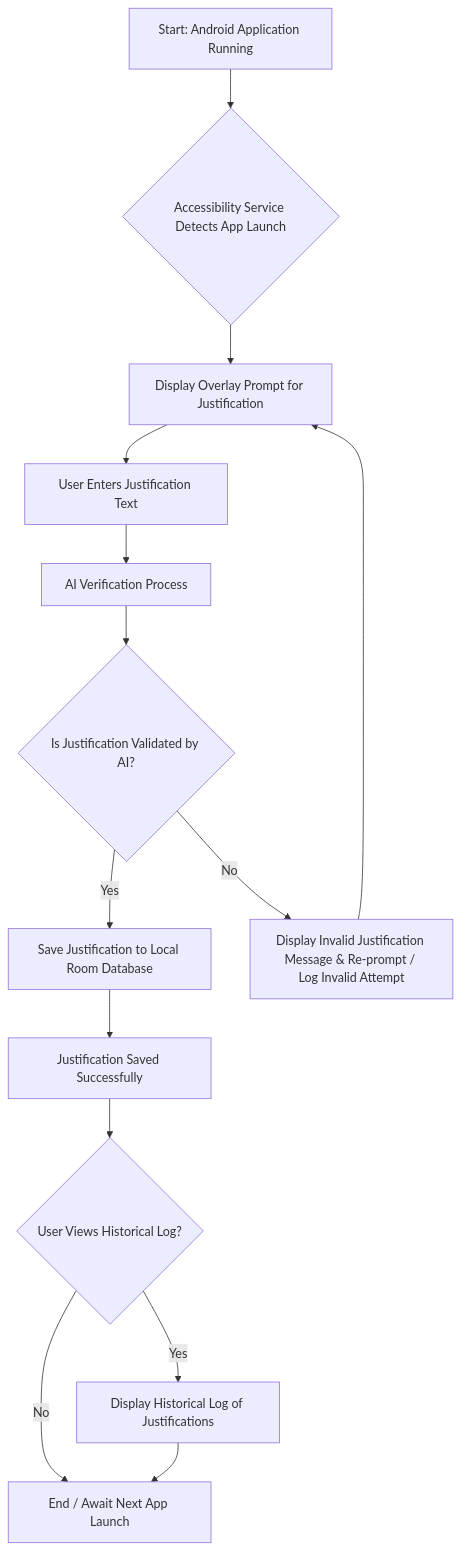
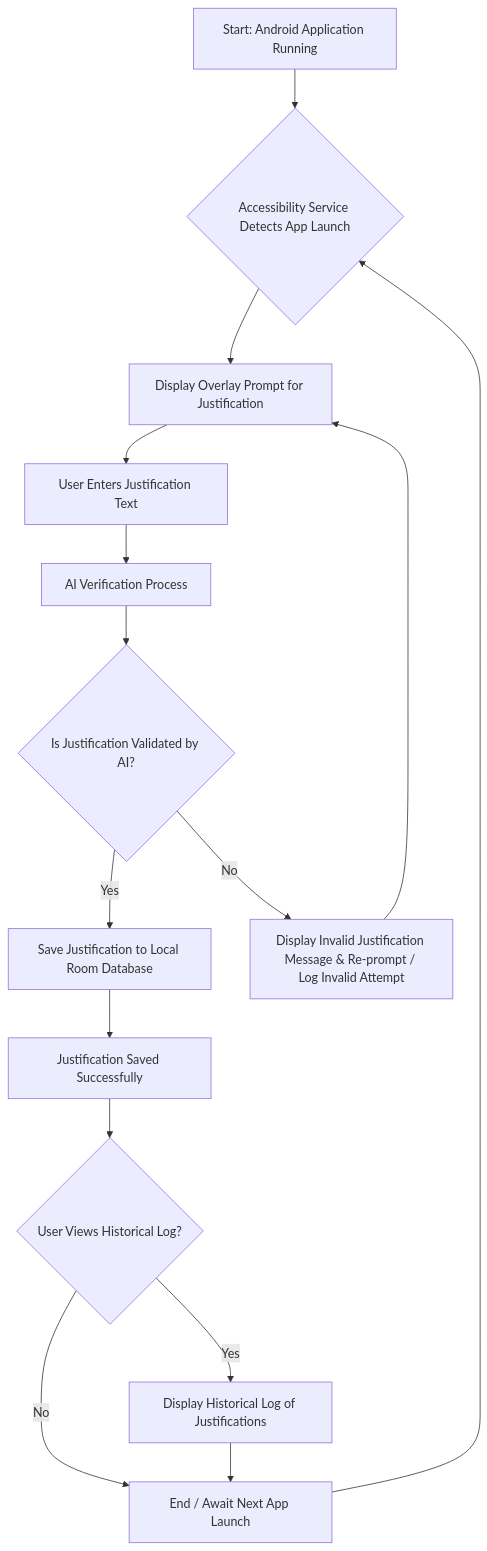
Before and after one commit to sanga03/tell-me-why: the diagram in README.md, drawn with Mermaid. The commit also changed other lines of this file and 6 other files, not shown here.

````diff
--- a/README.md
+++ b/README.md
@@ -15,25 +15,26 @@
 ```mermaid
 graph TD
 A[Start: Android Application Running] --> B{Accessibility Service Detects App Launch};
 
     B --> C[Display Overlay Prompt for Justification];
 
     C --> D[User Enters Justification Text];
 
     D --> E[AI Verification Process];
 
     E --> F{Is Justification Validated by AI?};
 
     F -- Yes --> G[Save Justification to Local Room Database];
 
     F -- No --> H[Display Invalid Justification Message & Re-prompt / Log Invalid Attempt];
     H --> C;
 
     G --> I[Justification Saved Successfully];
 
     I --> J{User Views Historical Log?};
     J -- Yes --> K[Display Historical Log of Justifications];
     J -- No --> L[End / Await Next App Launch];
 
     K --> L;
+    L --> B;
 ```
````
